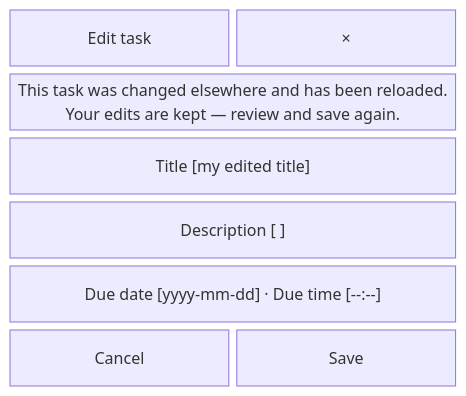
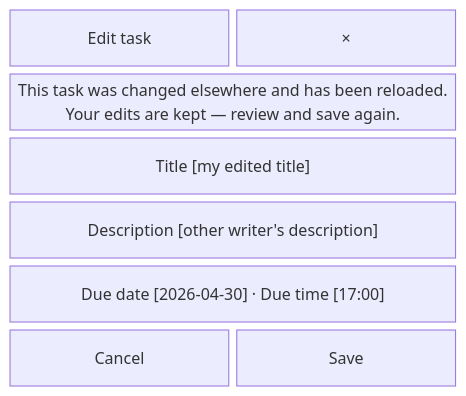
One commit to charlesmalo/FociToDo changed diagram 12 of 13 in docs/ui.md. Above: the diagram before and after it, drawn with Mermaid. The commit also changed other lines of this file and 29 other files, not shown here.

First line of the commit message:
docs(repo): sync diagrams, design changes, deferred pagination, self-contained repo

````diff
--- a/docs/ui.md
+++ b/docs/ui.md
@@ -233,10 +231,10 @@
 ```mermaid
 block-beta
   columns 2
   heading["Edit task"] close["×"]
   notice["This task was changed elsewhere and has been reloaded.<br/>Your edits are kept — review and save again."]:2
   titlefield["Title [my edited title]"]:2
-  description["Description [ ]"]:2
-  due["Due date [yyyy-mm-dd] · Due time [--:--]"]:2
+  description["Description [other writer's description]"]:2
+  due["Due date [2026-04-30] · Due time [17:00]"]:2
   cancel["Cancel"] save["Save"]
 ```
````
